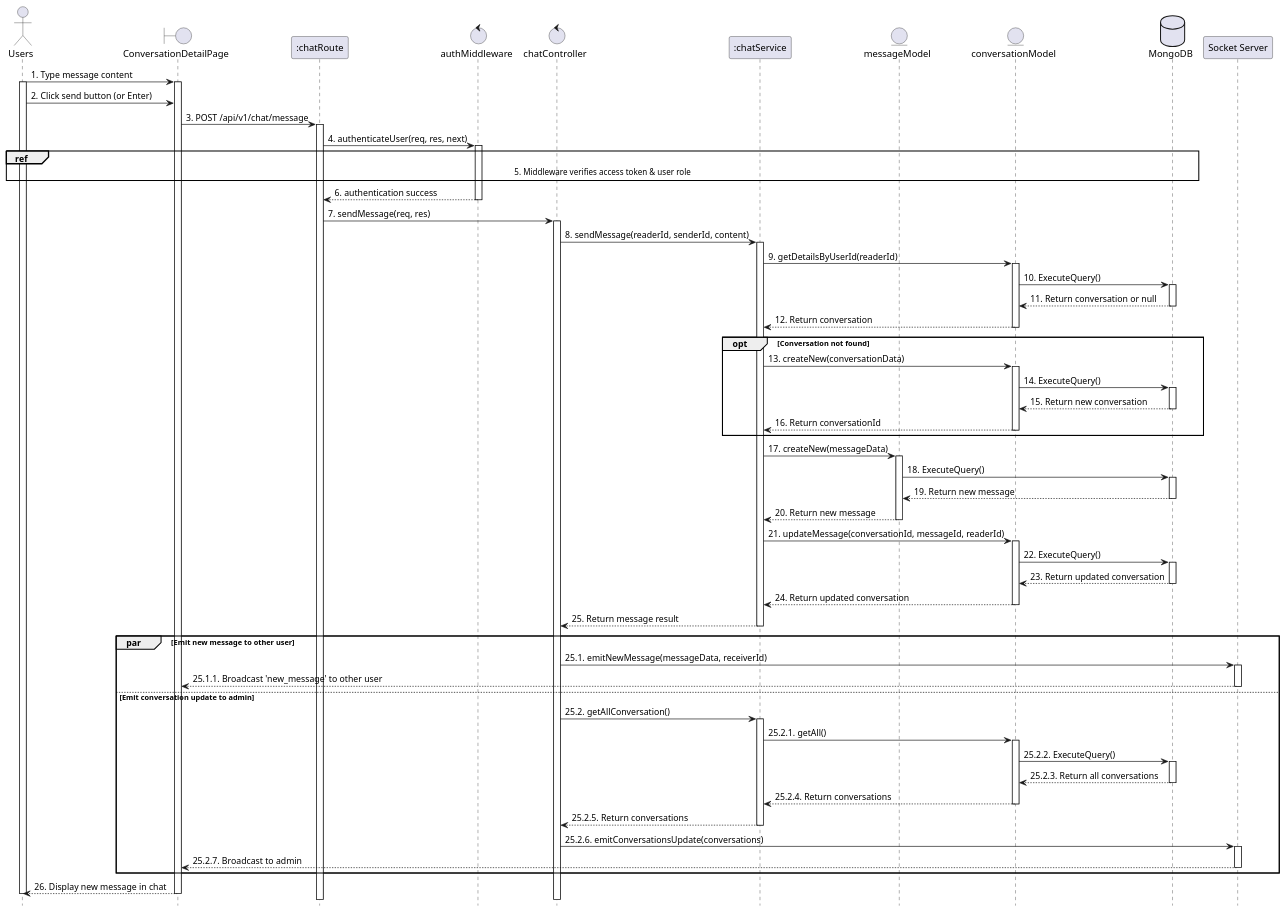
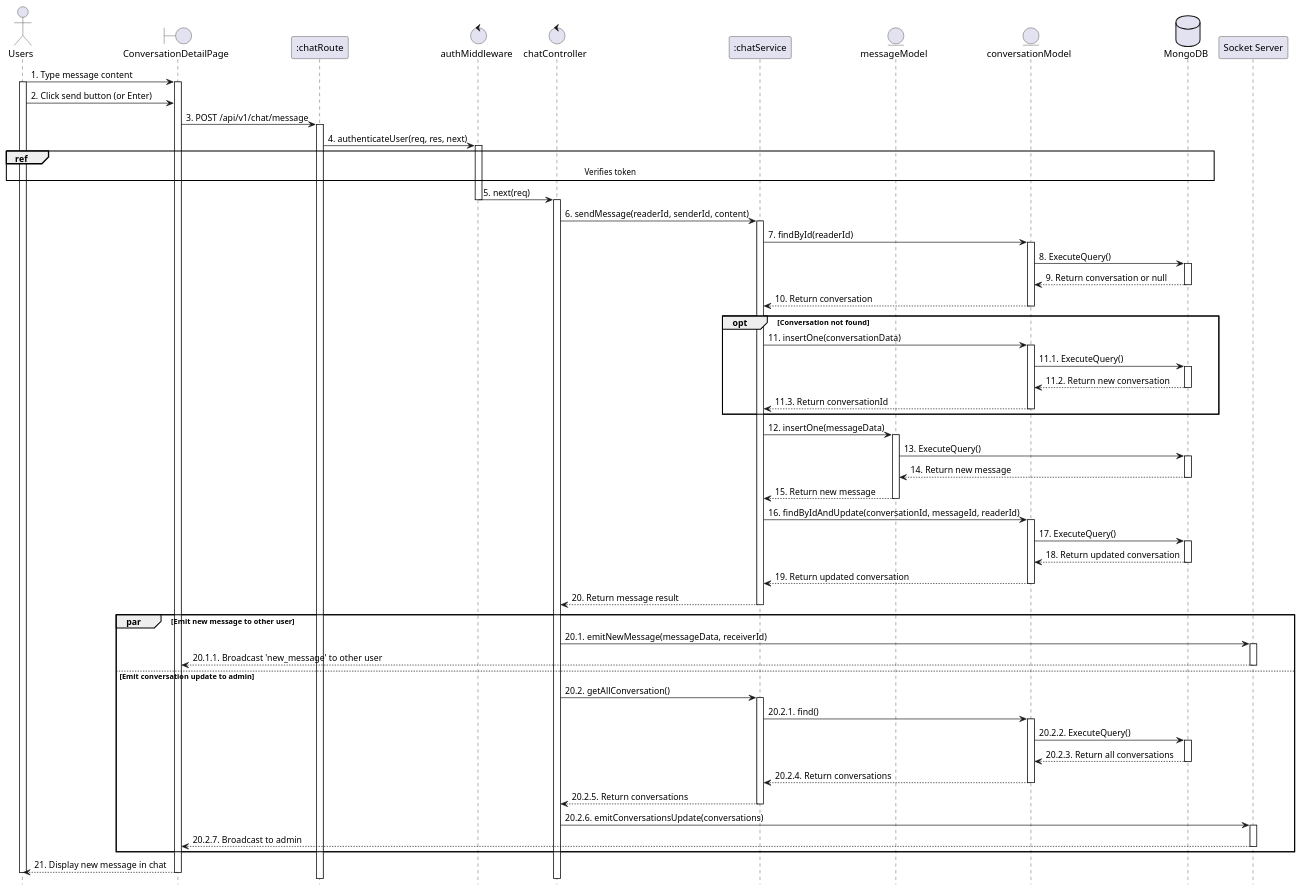
The diagram in planuml/web/21.1_sendMessage.puml (VietDurian/VietDurian), drawn with PlantUML before and after one commit. The commit also changed 18 other files, not shown here.

```diff
--- a/planuml/web/21.1_sendMessage.puml
+++ b/planuml/web/21.1_sendMessage.puml
@@ -1,114 +1,112 @@
 @startuml SendMessage
 
 actor User as "Users"
 boundary "ConversationDetailPage" as View
 participant ":chatRoute" as Route 
 control "authMiddleware" as Auth 
 control "chatController" as Controller 
 participant ":chatService" as Service 
 entity "messageModel" as MsgModel 
 entity "conversationModel" as ConvModel 
 database "MongoDB" as MongoDB 
 participant "Socket Server" as Socket 
 hide footbox
 
     User -> View: 1. Type message content
     activate User
     activate View
 
     User -> View: 2. Click send button (or Enter)
 
     View -> Route: 3. POST /api/v1/chat/message
     activate Route
 
     Route -> Auth: 4. authenticateUser(req, res, next)
     activate Auth
     
-    ref over User, MongoDB : 5. Middleware verifies access token & user role
+    ref over User, MongoDB : Verifies token
 
-    Auth --> Route: 6. authentication success
+    Auth -> Controller: 5. next(req)
     deactivate Auth
-
-    Route -> Controller: 7. sendMessage(req, res)
     activate Controller
 
-    Controller -> Service: 8. sendMessage(readerId, senderId, content)
+    Controller -> Service: 6. sendMessage(readerId, senderId, content)
     activate Service
 
-    Service -> ConvModel: 9. getDetailsByUserId(readerId)
+    Service -> ConvModel: 7. findById(readerId)
     activate ConvModel
 
-    ConvModel -> MongoDB: 10. ExecuteQuery()
+    ConvModel -> MongoDB: 8. ExecuteQuery()
     activate MongoDB
-    MongoDB --> ConvModel: 11. Return conversation or null
+    MongoDB --> ConvModel: 9. Return conversation or null
     deactivate MongoDB
 
-    ConvModel --> Service: 12. Return conversation
+    ConvModel --> Service: 10. Return conversation
     deactivate ConvModel
 
     opt Conversation not found
-        Service -> ConvModel: 13. createNew(conversationData)
+        Service -> ConvModel: 11. insertOne(conversationData)
         activate ConvModel
-        ConvModel -> MongoDB: 14. ExecuteQuery()
+        ConvModel -> MongoDB: 11.1. ExecuteQuery()
         activate MongoDB
-        MongoDB --> ConvModel: 15. Return new conversation
+        MongoDB --> ConvModel: 11.2. Return new conversation
         deactivate MongoDB
-        ConvModel --> Service: 16. Return conversationId
+        ConvModel --> Service: 11.3. Return conversationId
         deactivate ConvModel
     end
 
-    Service -> MsgModel: 17. createNew(messageData)
+    Service -> MsgModel: 12. insertOne(messageData)
     activate MsgModel
 
-    MsgModel -> MongoDB: 18. ExecuteQuery()
+    MsgModel -> MongoDB: 13. ExecuteQuery()
     activate MongoDB
-    MongoDB --> MsgModel: 19. Return new message
+    MongoDB --> MsgModel: 14. Return new message
     deactivate MongoDB
 
-    MsgModel --> Service: 20. Return new message
+    MsgModel --> Service: 15. Return new message
     deactivate MsgModel
 
-    Service -> ConvModel: 21. updateMessage(conversationId, messageId, readerId)
+    Service -> ConvModel: 16. findByIdAndUpdate(conversationId, messageId, readerId)
     activate ConvModel
 
-    ConvModel -> MongoDB: 22. ExecuteQuery()
+    ConvModel -> MongoDB: 17. ExecuteQuery()
     activate MongoDB
-    MongoDB --> ConvModel: 23. Return updated conversation
+    MongoDB --> ConvModel: 18. Return updated conversation
     deactivate MongoDB
 
-    ConvModel --> Service: 24. Return updated conversation
+    ConvModel --> Service: 19. Return updated conversation
     deactivate ConvModel
 
-    Service --> Controller: 25. Return message result
+    Service --> Controller: 20. Return message result
     deactivate Service
 
     par Emit new message to other user
-        Controller -> Socket: 25.1. emitNewMessage(messageData, receiverId)
+        Controller -> Socket: 20.1. emitNewMessage(messageData, receiverId)
         activate Socket
-        Socket --> View: 25.1.1. Broadcast 'new_message' to other user
+        Socket --> View: 20.1.1. Broadcast 'new_message' to other user
         deactivate Socket
     else Emit conversation update to admin
-        Controller -> Service: 25.2. getAllConversation()
+        Controller -> Service: 20.2. getAllConversation()
         activate Service
-        Service -> ConvModel: 25.2.1. getAll()
+        Service -> ConvModel: 20.2.1. find()
         activate ConvModel
-        ConvModel -> MongoDB: 25.2.2. ExecuteQuery()
+        ConvModel -> MongoDB: 20.2.2. ExecuteQuery()
         activate MongoDB
-        MongoDB --> ConvModel: 25.2.3. Return all conversations
+        MongoDB --> ConvModel: 20.2.3. Return all conversations
         deactivate MongoDB
-        ConvModel --> Service: 25.2.4. Return conversations
+        ConvModel --> Service: 20.2.4. Return conversations
         deactivate ConvModel
-        Service --> Controller: 25.2.5. Return conversations
+        Service --> Controller: 20.2.5. Return conversations
         deactivate Service
         
-        Controller -> Socket: 25.2.6. emitConversationsUpdate(conversations)
+        Controller -> Socket: 20.2.6. emitConversationsUpdate(conversations)
         activate Socket
-        Socket --> View: 25.2.7. Broadcast to admin
+        Socket --> View: 20.2.7. Broadcast to admin
         deactivate Socket
     end
 
-    View --> User: 26. Display new message in chat
+    View --> User: 21. Display new message in chat
     deactivate View
     deactivate User
 
 @enduml
```
